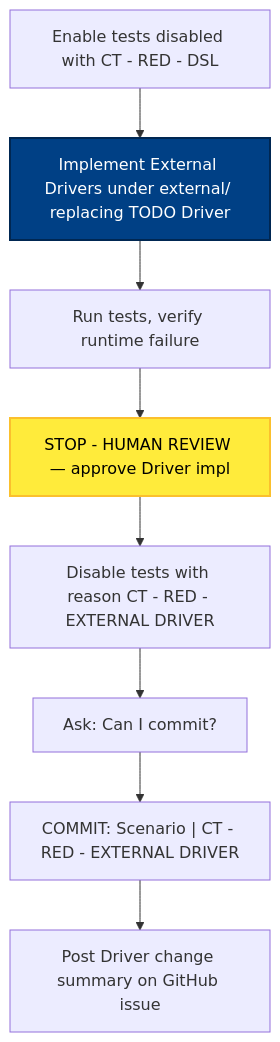
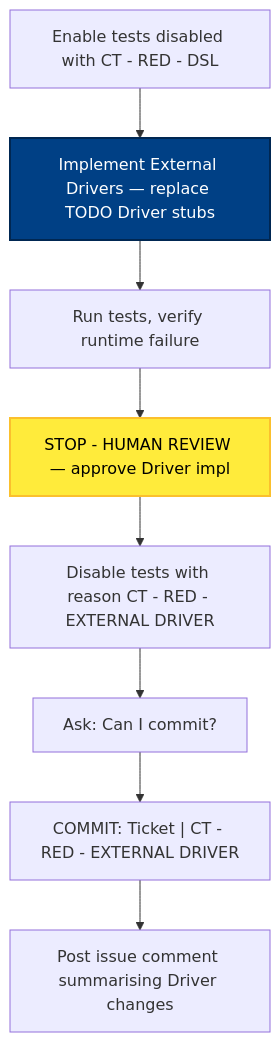
The seventh of 8 diagrams in docs/atdd/process/diagram-phase-details.md (optivem/starter), drawn with Mermaid before and after one commit. The commit also changed other lines of this file and 2 other files, not shown here.

````diff
--- a/docs/atdd/process/diagram-phase-details.md
+++ b/docs/atdd/process/diagram-phase-details.md
@@ -228,24 +221,24 @@
 ```mermaid
 flowchart TD
-    ENABLE["Enable tests disabled with CT - RED - DSL"]
-    IMPL[Implement External Drivers under external/ replacing TODO Driver]
+    ENABLE[Enable tests disabled with CT - RED - DSL]
+    IMPL[Implement External Drivers — replace TODO Driver stubs]
     RUN[Run tests, verify runtime failure]
-    STOP_WRITE["STOP - HUMAN REVIEW — approve Driver impl"]
-    DISABLE["Disable tests with reason CT - RED - EXTERNAL DRIVER"]
+    STOP_WRITE[STOP - HUMAN REVIEW — approve Driver impl]
+    DISABLE[Disable tests with reason CT - RED - EXTERNAL DRIVER]
     ASK_COMMIT["Ask: Can I commit?"]
-    COMMIT["COMMIT: Scenario | CT - RED - EXTERNAL DRIVER"]
-    POST_COMMENT[Post Driver change summary on GitHub issue]
+    COMMIT["COMMIT: Ticket | CT - RED - EXTERNAL DRIVER"]
+    POST_COMMENT[Post issue comment summarising Driver changes]
 
     ENABLE --> IMPL
     IMPL --> RUN
     RUN --> STOP_WRITE
     STOP_WRITE --> DISABLE
     DISABLE --> ASK_COMMIT
     ASK_COMMIT --> COMMIT
     COMMIT --> POST_COMMENT
 
     classDef effortNode fill:#004085,stroke:#002752,stroke-width:2px,color:#ffffff
     class IMPL effortNode
     classDef humanReviewNode fill:#ffeb3b,stroke:#fbc02d,stroke-width:2px,color:#000
     class STOP_WRITE humanReviewNode
 ```
````
